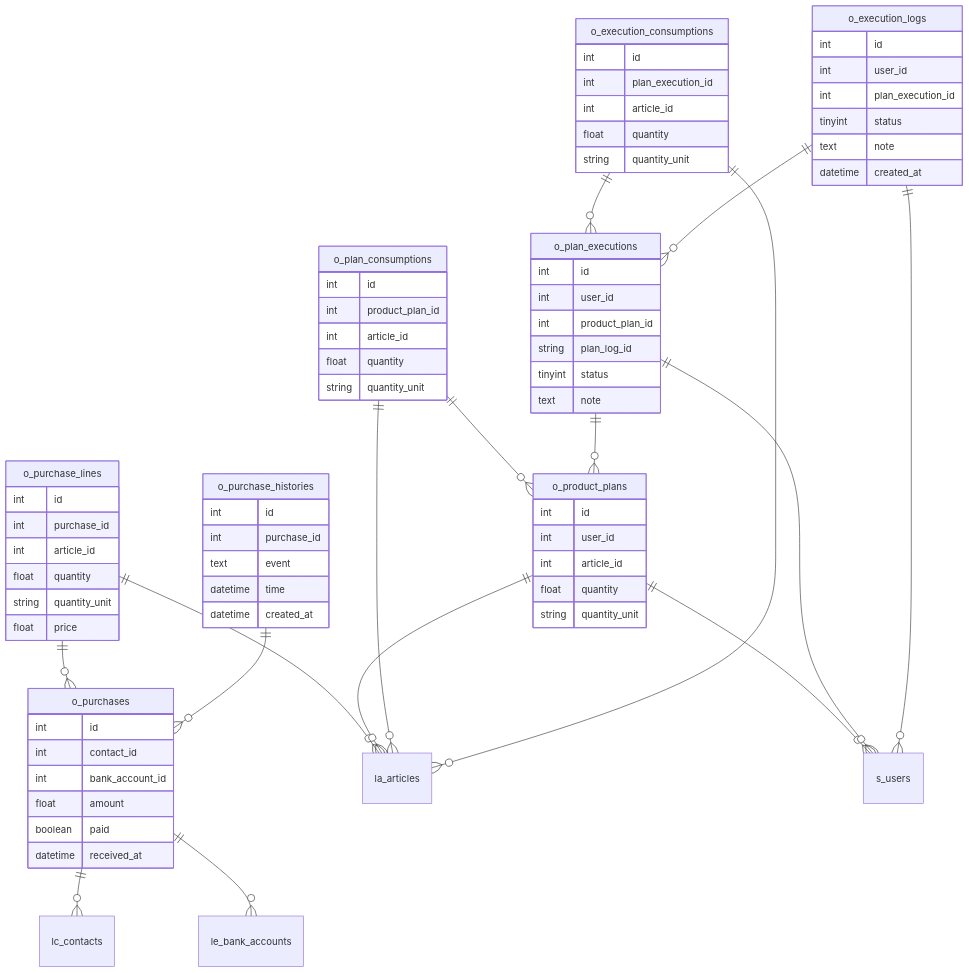
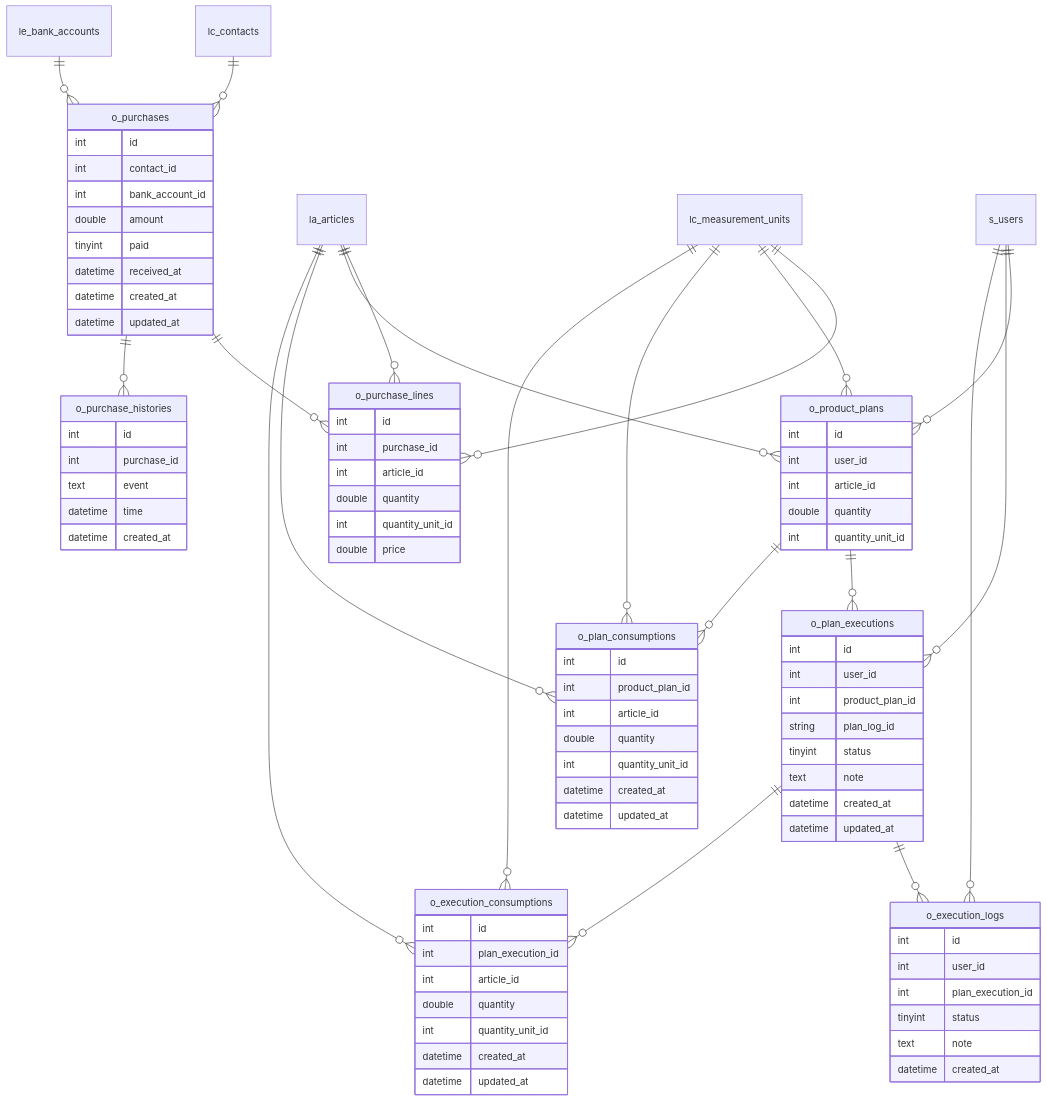
The diagram in docs/database/onyx-diagram.md (grey-dev-0/oaters), drawn with Mermaid before and after one commit. The commit also changed 10 other files, not shown here.

Commit message:
Updated ERD generation based on deployed database schema instead of migration files scanning.

````diff
--- a/docs/database/onyx-diagram.md
+++ b/docs/database/onyx-diagram.md
@@ -3,56 +3,13 @@
 ```mermaid
 erDiagram
-    o_purchases {
-        int id
-        int contact_id
-        int bank_account_id
-        float amount
-        boolean paid
-        datetime received_at
-    }
-    o_purchase_lines {
-        int id
-        int purchase_id
-        int article_id
-        float quantity
-        string quantity_unit
-        float price
-    }
-    o_purchase_histories {
-        int id
-        int purchase_id
-        text event
-        datetime time
-        datetime created_at
-    }
-    o_product_plans {
-        int id
-        int user_id
-        int article_id
-        float quantity
-        string quantity_unit
-    }
-    o_plan_consumptions {
-        int id
-        int product_plan_id
-        int article_id
-        float quantity
-        string quantity_unit
-    }
-    o_plan_executions {
-        int id
-        int user_id
-        int product_plan_id
-        string plan_log_id
-        tinyint status
-        text note
-    }
     o_execution_consumptions {
         int id
         int plan_execution_id
         int article_id
-        float quantity
-        string quantity_unit
+        double quantity
+        int quantity_unit_id
+        datetime created_at
+        datetime updated_at
     }
     o_execution_logs {
         int id
@@ -62,20 +19,75 @@
         text note
         datetime created_at
     }
-    o_purchases ||--o{ lc_contacts : ""
-    o_purchases ||--o{ le_bank_accounts : ""
-    o_purchase_lines ||--o{ o_purchases : ""
-    o_purchase_lines ||--o{ la_articles : ""
-    o_purchase_histories ||--o{ o_purchases : ""
-    o_product_plans ||--o{ s_users : ""
-    o_product_plans ||--o{ la_articles : ""
-    o_plan_consumptions ||--o{ o_product_plans : ""
-    o_plan_consumptions ||--o{ la_articles : ""
-    o_plan_executions ||--o{ s_users : ""
-    o_plan_executions ||--o{ o_product_plans : ""
-    o_execution_consumptions ||--o{ o_plan_executions : ""
-    o_execution_consumptions ||--o{ la_articles : ""
-    o_execution_logs ||--o{ s_users : ""
-    o_execution_logs ||--o{ o_plan_executions : ""
+    o_plan_consumptions {
+        int id
+        int product_plan_id
+        int article_id
+        double quantity
+        int quantity_unit_id
+        datetime created_at
+        datetime updated_at
+    }
+    o_plan_executions {
+        int id
+        int user_id
+        int product_plan_id
+        string plan_log_id
+        tinyint status
+        text note
+        datetime created_at
+        datetime updated_at
+    }
+    o_product_plans {
+        int id
+        int user_id
+        int article_id
+        double quantity
+        int quantity_unit_id
+    }
+    o_purchase_histories {
+        int id
+        int purchase_id
+        text event
+        datetime time
+        datetime created_at
+    }
+    o_purchase_lines {
+        int id
+        int purchase_id
+        int article_id
+        double quantity
+        int quantity_unit_id
+        double price
+    }
+    o_purchases {
+        int id
+        int contact_id
+        int bank_account_id
+        double amount
+        tinyint paid
+        datetime received_at
+        datetime created_at
+        datetime updated_at
+    }
+    la_articles ||--o{ o_execution_consumptions : ""
+    o_plan_executions ||--o{ o_execution_consumptions : ""
+    lc_measurement_units ||--o{ o_execution_consumptions : ""
+    o_plan_executions ||--o{ o_execution_logs : ""
+    s_users ||--o{ o_execution_logs : ""
+    la_articles ||--o{ o_plan_consumptions : ""
+    o_product_plans ||--o{ o_plan_consumptions : ""
+    lc_measurement_units ||--o{ o_plan_consumptions : ""
+    o_product_plans ||--o{ o_plan_executions : ""
+    s_users ||--o{ o_plan_executions : ""
+    la_articles ||--o{ o_product_plans : ""
+    lc_measurement_units ||--o{ o_product_plans : ""
+    s_users ||--o{ o_product_plans : ""
+    o_purchases ||--o{ o_purchase_histories : ""
+    la_articles ||--o{ o_purchase_lines : ""
+    o_purchases ||--o{ o_purchase_lines : ""
+    lc_measurement_units ||--o{ o_purchase_lines : ""
+    le_bank_accounts ||--o{ o_purchases : ""
+    lc_contacts ||--o{ o_purchases : ""
 
 ```
````
